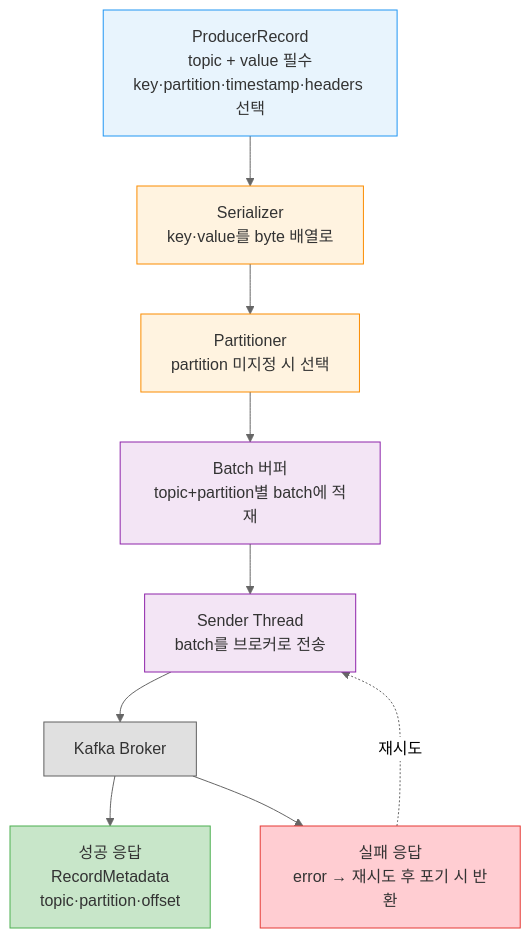
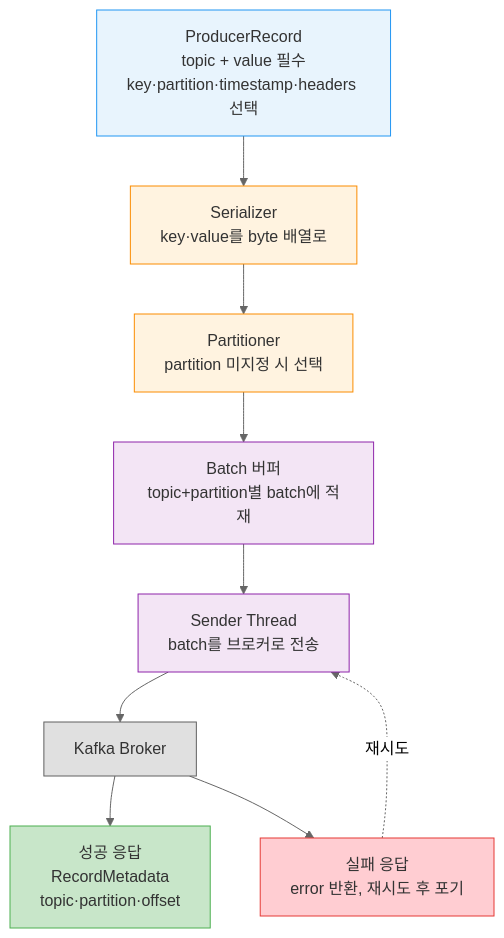
One commit to scofe97/StduyWrite changed the second of 2 diagrams in write/04_messaging/04_BrokerArchitecture/05-01.Producer 아키텍처.md. Above: the diagram before and after it, drawn with Mermaid (neutral theme). The commit also changed other lines of this file and 3 other files, not shown here.

Commit message:
[runners-high] #time 30m docs(fix): Producer 05-01~04 Mermaid 2개 이상 보강(07-02 §3 의무) — 전송모드·오류분류·파티셔너결정·throttling 흐름도

````diff
--- a/write/04_messaging/04_BrokerArchitecture/05-01.Producer 아키텍처.md
+++ b/write/04_messaging/04_BrokerArchitecture/05-01.Producer 아키텍처.md
@@ -56,29 +77,29 @@
 ```mermaid
 graph TB
     PR["ProducerRecord<br>topic + value 필수<br>key·partition·timestamp·headers 선택"]
     SER["Serializer<br>key·value를 byte 배열로"]
     PART["Partitioner<br>partition 미지정 시 선택"]
     BUF["Batch 버퍼<br>topic+partition별 batch에 적재"]
     SENDER["Sender Thread<br>batch를 브로커로 전송"]
     BROKER["Kafka Broker"]
     OK["성공 응답<br>RecordMetadata<br>topic·partition·offset"]
-    ERR["실패 응답<br>error → 재시도 후 포기 시 반환"]
+    ERR["실패 응답<br>error 반환, 재시도 후 포기"]
 
     PR --> SER
     SER --> PART
     PART --> BUF
     BUF --> SENDER
     SENDER --> BROKER
     BROKER --> OK
     BROKER --> ERR
     ERR -.->|"재시도"| SENDER
 
     style PR fill:#e8f4fd,stroke:#2196F3,color:#333
     style SER fill:#fff3e0,stroke:#FB8C00,color:#333
     style PART fill:#fff3e0,stroke:#FB8C00,color:#333
     style BUF fill:#f3e5f5,stroke:#8E24AA,color:#333
     style SENDER fill:#f3e5f5,stroke:#8E24AA,color:#333
     style BROKER fill:#e0e0e0,stroke:#616161,color:#333
     style OK fill:#c8e6c9,stroke:#4CAF50,color:#333
     style ERR fill:#ffcdd2,stroke:#E53935,color:#333
 ```
````
